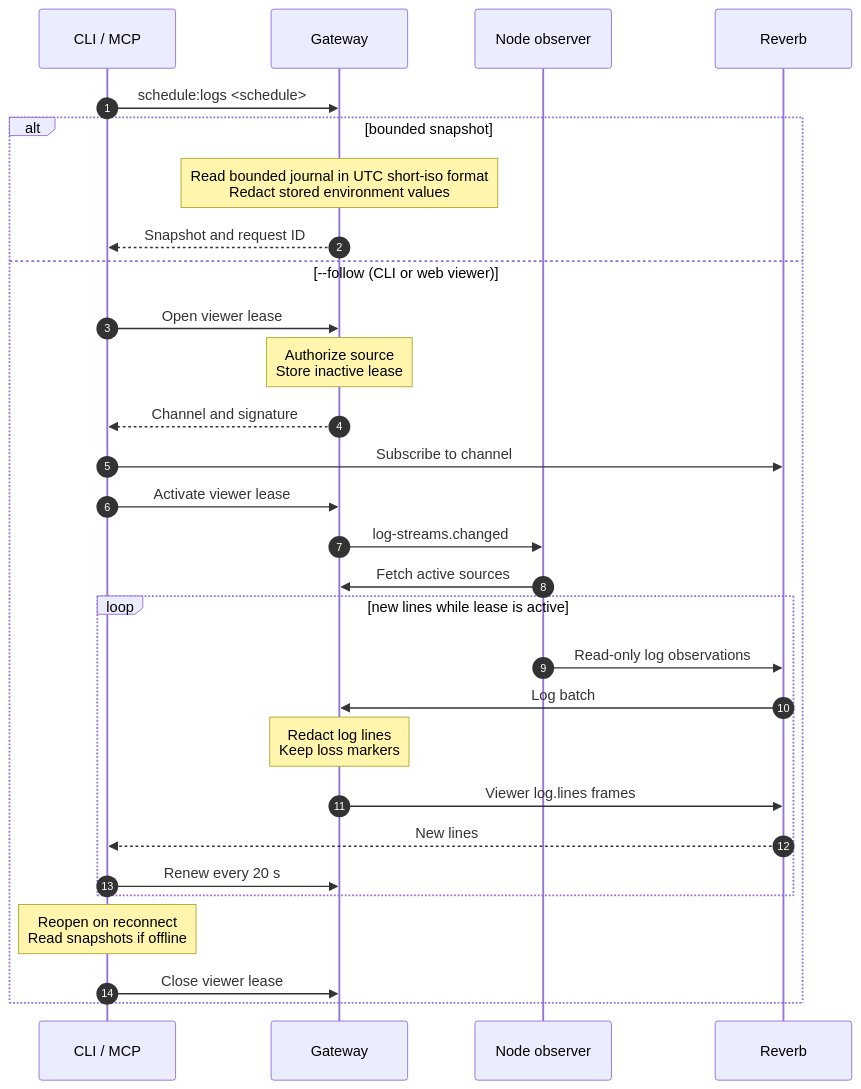
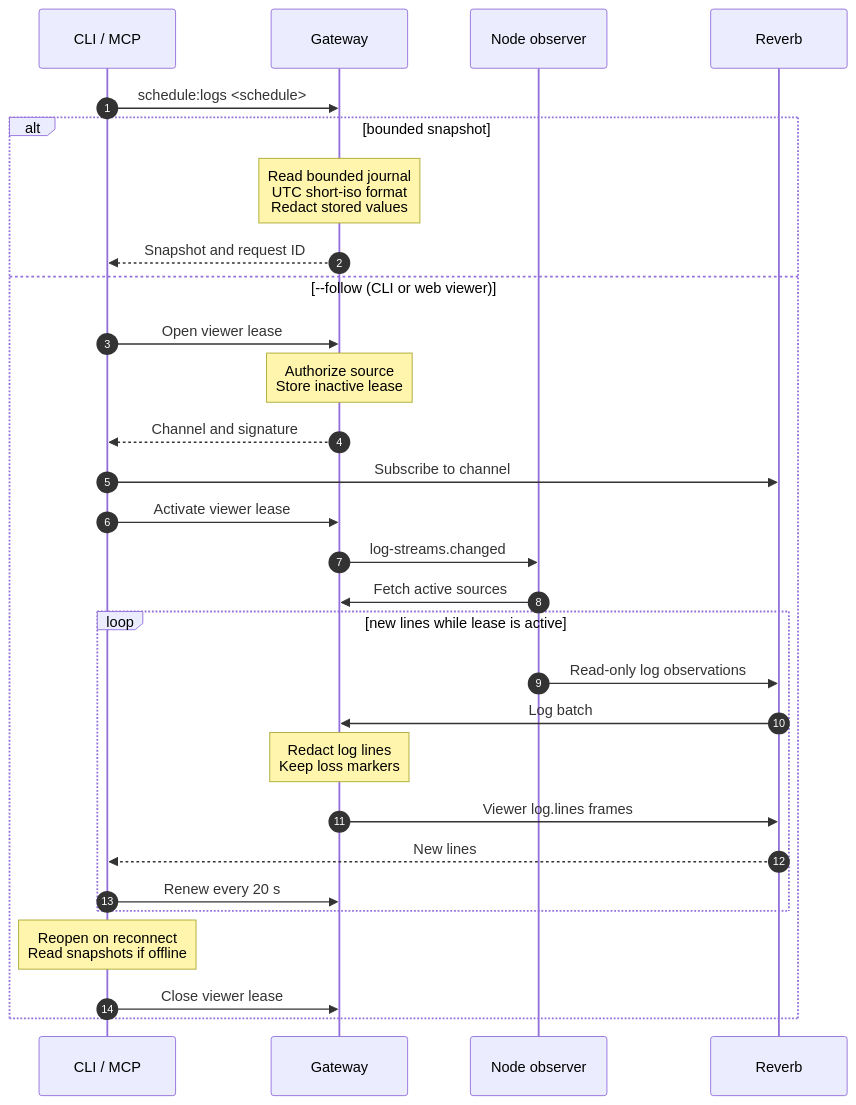
One commit to hardimpactdev/orbit changed the diagram in docs/cli/schedule/logs.mmd. Above: the diagram before and after it, drawn with Mermaid. The commit also changed 1 other file, not shown here.

Commit message:
style(logs): format snapshot test and flow labels

```diff
--- a/docs/cli/schedule/logs.mmd
+++ b/docs/cli/schedule/logs.mmd
@@ -1,32 +1,32 @@
 sequenceDiagram
   %% status: draft
   %% command: schedule:logs
   %% kind: schedule.logs
   autonumber
   participant CLI as CLI / MCP
   participant GW as Gateway
   participant A as Node observer
   participant R as Reverb
   CLI->>GW: schedule:logs <schedule>
   alt bounded snapshot
-    Note over GW: Read bounded journal in UTC short-iso format<br/>Redact stored environment values
+    Note over GW: Read bounded journal<br/>UTC short-iso format<br/>Redact stored values
     GW-->>CLI: Snapshot and request ID
   else --follow (CLI or web viewer)
     CLI->>GW: Open viewer lease
     Note over GW: Authorize source<br/>Store inactive lease
     GW-->>CLI: Channel and signature
     CLI->>R: Subscribe to channel
     CLI->>GW: Activate viewer lease
     GW->>A: log-streams.changed
     A->>GW: Fetch active sources
     loop new lines while lease is active
       A->>R: Read-only log observations
       R->>GW: Log batch
       Note over GW: Redact log lines<br/>Keep loss markers
       GW->>R: Viewer log.lines frames
       R-->>CLI: New lines
       CLI->>GW: Renew every 20 s
     end
     Note over CLI: Reopen on reconnect<br/>Read snapshots if offline
     CLI->>GW: Close viewer lease
   end
```
